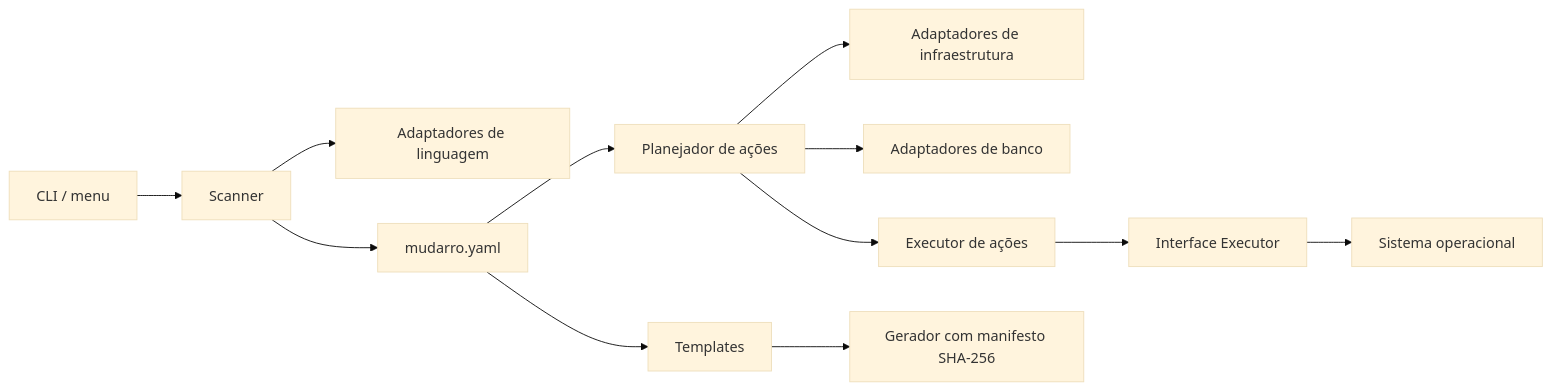
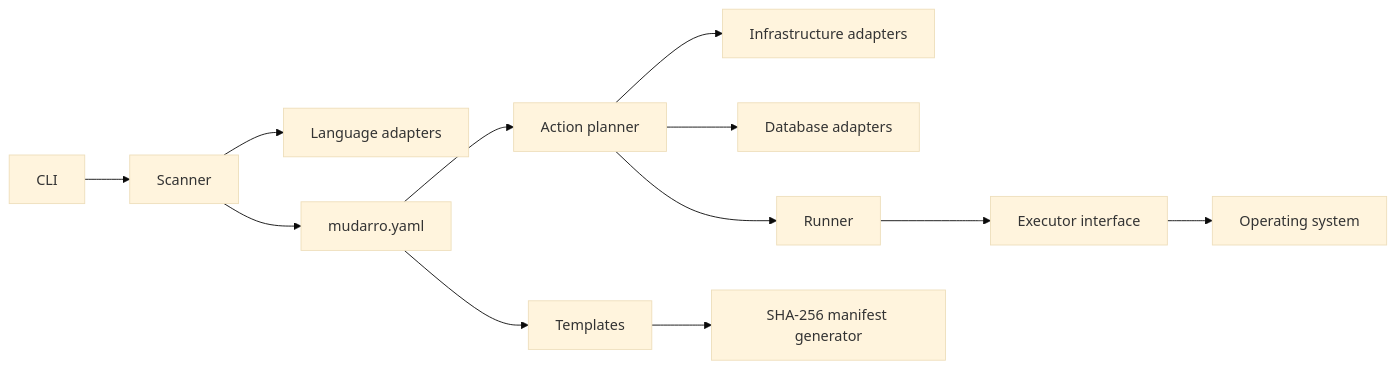
The diagram in docs/architecture.md (viralabs-dev/mudarro), drawn with Mermaid (base theme) before and after one commit. The commit also changed other lines of this file and 25 other files, not shown here.

First line of the commit message:
docs: document architecture and measured validation in English and pt-BR [skip ci]

````diff
--- a/docs/architecture.md
+++ b/docs/architecture.md
@@ -5,14 +7,14 @@
 ```mermaid
 flowchart LR
-  CLI[CLI / menu] --> Scan[Scanner]
-  Scan --> Languages[Adaptadores de linguagem]
-  Scan --> Config[mudarro.yaml]
-  Config --> Actions[Planejador de ações]
-  Actions --> Infra[Adaptadores de infraestrutura]
-  Actions --> DB[Adaptadores de banco]
-  Config --> Templates[Templates]
-  Templates --> Generator[Gerador com manifesto SHA-256]
-  Actions --> Runner[Executor de ações]
-  Runner --> Executor[Interface Executor]
-  Executor --> OS[Sistema operacional]
+ CLI --> Scan[Scanner]
+ Scan --> Languages[Language adapters]
+ Scan --> Config[mudarro.yaml]
+ Config --> Actions[Action planner]
+ Actions --> Infra[Infrastructure adapters]
+ Actions --> DB[Database adapters]
+ Config --> Templates
+ Templates --> Generator[SHA-256 manifest generator]
+ Actions --> Runner
+ Runner --> Executor[Executor interface]
+ Executor --> OS[Operating system]
 ```
````
